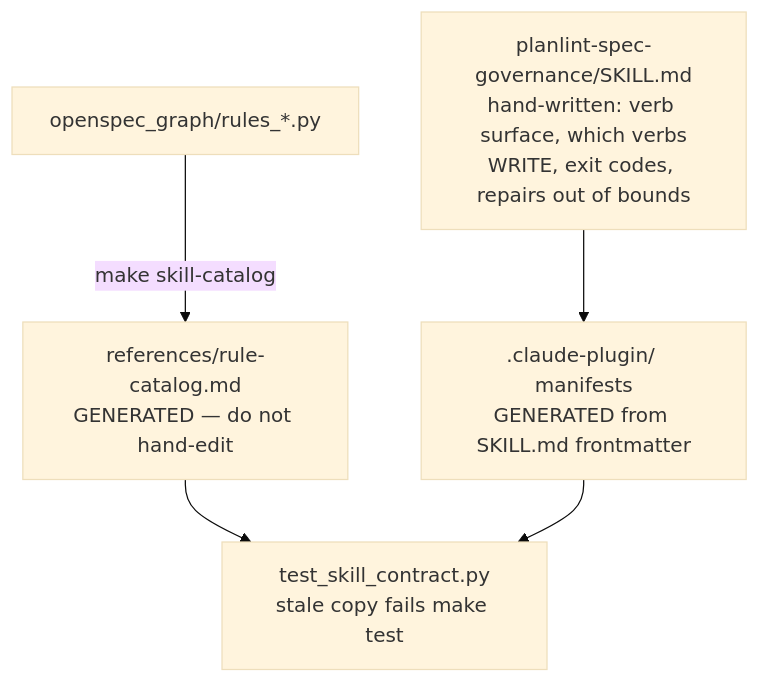
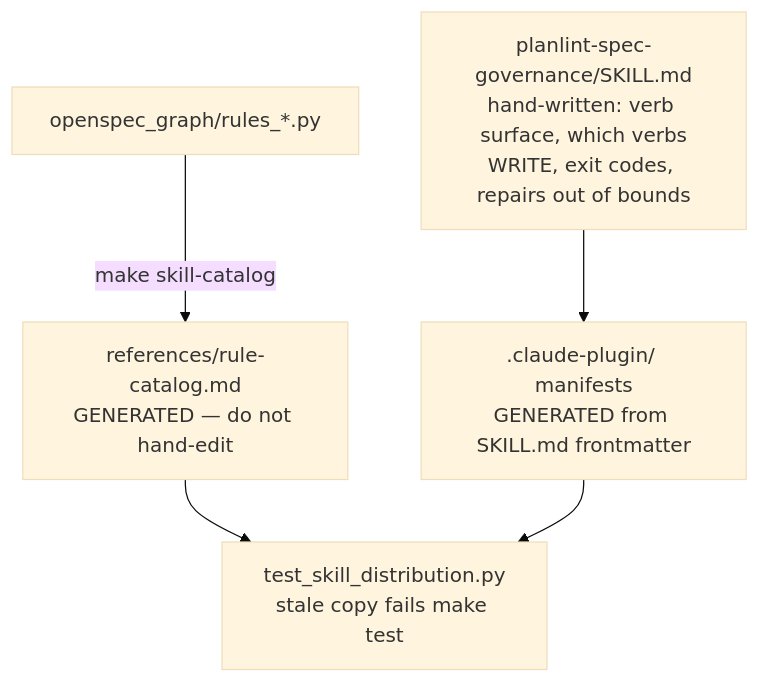
The diagram in skills/AGENTS.md (ianshank/planlint), drawn with Mermaid (base theme) before and after one commit. The commit also changed other lines of this file and 80 other files, not shown here.

````diff
--- a/skills/AGENTS.md
+++ b/skills/AGENTS.md
@@ -7,9 +7,9 @@
 ```mermaid
 flowchart TD
     skill["planlint-spec-governance/SKILL.md<br/>hand-written: verb surface, which verbs<br/>WRITE, exit codes, repairs out of bounds"]
     cat["references/rule-catalog.md<br/>GENERATED — do not hand-edit"]
     rules["openspec_graph/rules_*.py"] -->|"make skill-catalog"| cat
     skill --> plugin[".claude-plugin/ manifests<br/>GENERATED from SKILL.md frontmatter"]
-    cat --> gate["test_skill_contract.py<br/>stale copy fails make test"]
+    cat --> gate["test_skill_distribution.py<br/>stale copy fails make test"]
     plugin --> gate
 ```
````
